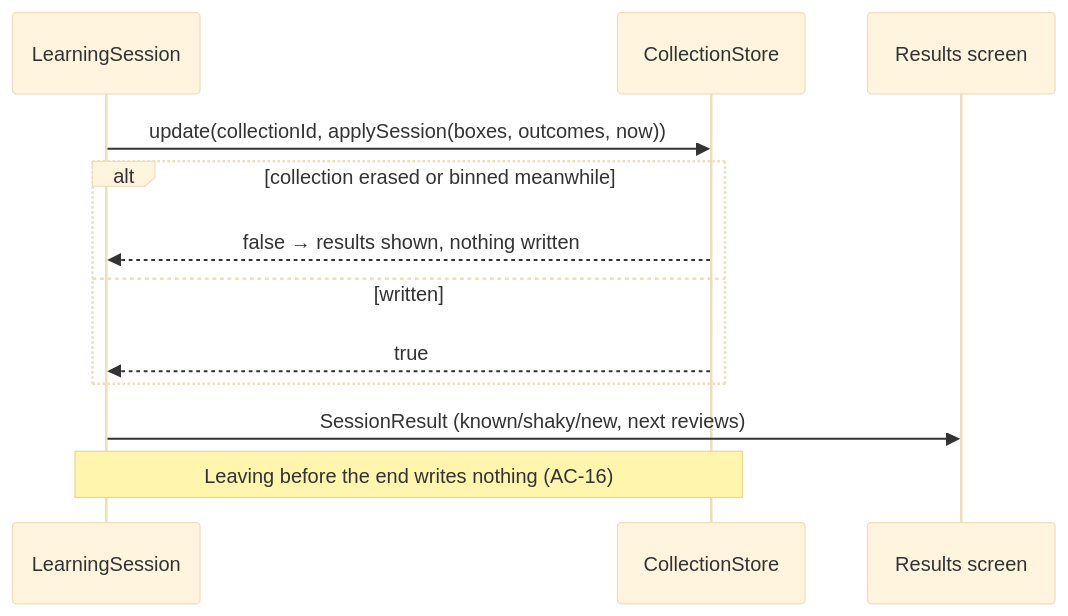
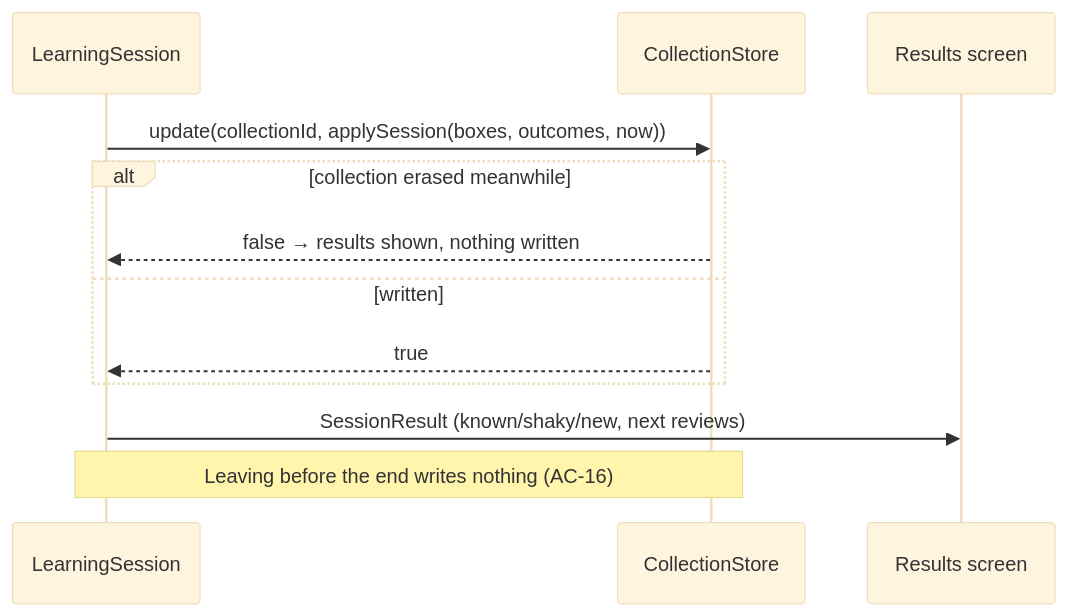
One commit to mlevytskiy/flutter_vocabulary_app changed the fifth of 7 diagrams in docs/features/learn-redesign/sad.md. Above: the diagram before and after it, drawn with Mermaid (base theme). The commit also changed other lines of this file and 10 other files, not shown here.

````diff
--- a/docs/features/learn-redesign/sad.md
+++ b/docs/features/learn-redesign/sad.md
@@ -199,14 +201,14 @@
 ```mermaid
 sequenceDiagram
   participant S as LearningSession
   participant St as CollectionStore
   participant R as Results screen
   S->>St: update(collectionId, applySession(boxes, outcomes, now))
-  alt collection erased or binned meanwhile
+  alt collection erased meanwhile
     St-->>S: false → results shown, nothing written
   else written
     St-->>S: true
   end
   S->>R: SessionResult (known/shaky/new, next reviews)
   Note over S,St: Leaving before the end writes nothing (AC-16)
 ```
````
